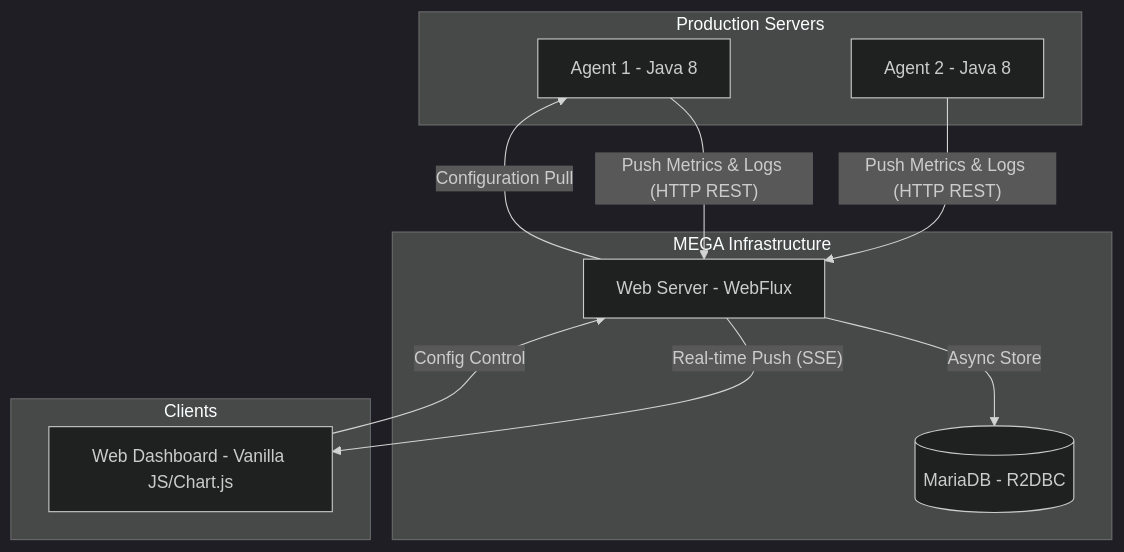
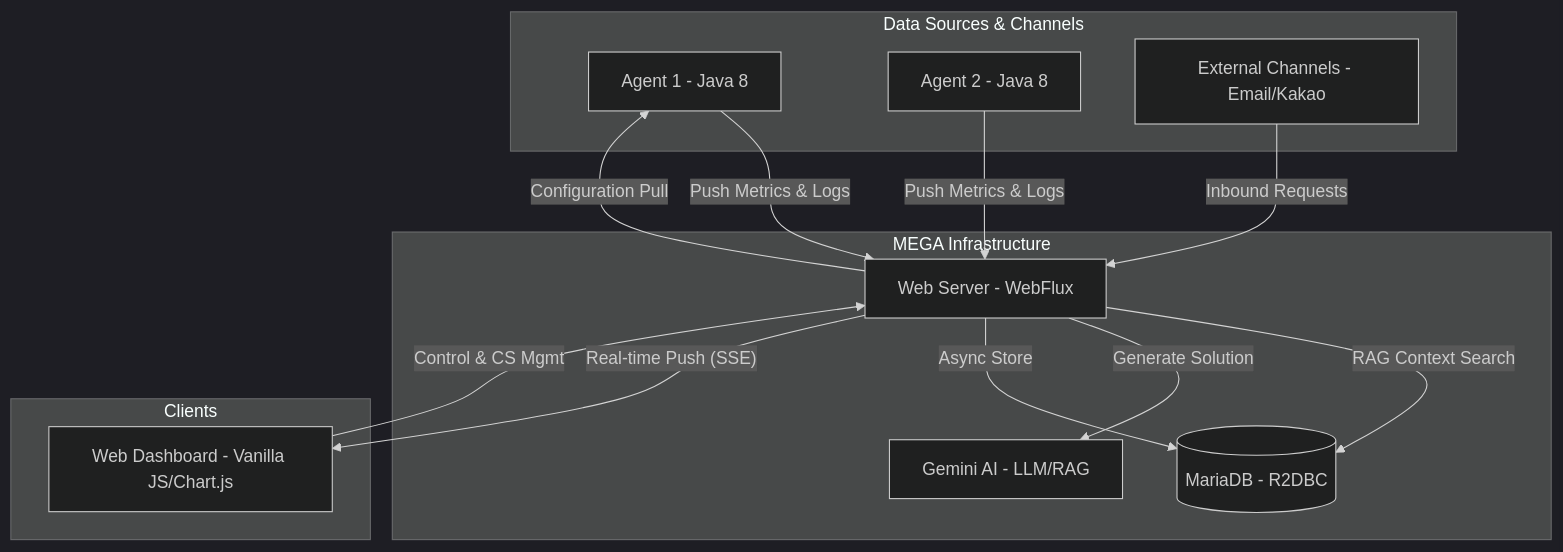
Before and after one commit to ledmega/mega: the diagram in README.md, drawn with Mermaid (dark theme). The commit also changed other lines of this file, not shown here.

Commit message:
docs: Update README with CS Automation Center details and AI-RAG architecture

````diff
--- a/README.md
+++ b/README.md
@@ -17,23 +17,28 @@
 ```mermaid
 graph TD
-    subgraph "Production Servers"
+    subgraph "Data Sources & Channels"
         A1[Agent 1 - Java 8]
         A2[Agent 2 - Java 8]
+        EX[External Channels - Email/Kakao]
     end
 
     subgraph "MEGA Infrastructure"
         WS[Web Server - WebFlux]
         DB[(MariaDB - R2DBC)]
+        AI[Gemini AI - LLM/RAG]
     end
 
     subgraph "Clients"
         BR[Web Dashboard - Vanilla JS/Chart.js]
     end
 
-    A1 -- "Push Metrics & Logs (HTTP REST)" --> WS
-    A2 -- "Push Metrics & Logs (HTTP REST)" --> WS
+    A1 -- "Push Metrics & Logs" --> WS
+    A2 -- "Push Metrics & Logs" --> WS
+    EX -- "Inbound Requests" --> WS
+    WS -- "RAG Context Search" --> DB
+    WS -- "Generate Solution" --> AI
     WS -- "Async Store" --> DB
     WS -- "Real-time Push (SSE)" --> BR
-    BR -- "Config Control" --> WS
+    BR -- "Control & CS Mgmt" --> WS
     WS -- "Configuration Pull" --> A1
 ```
````
